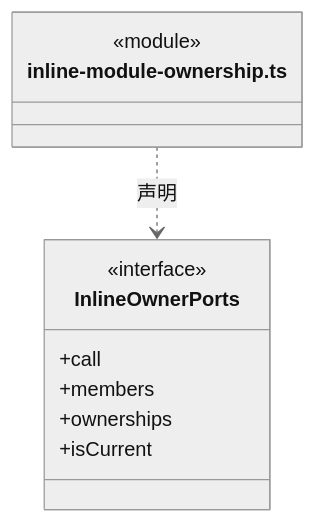
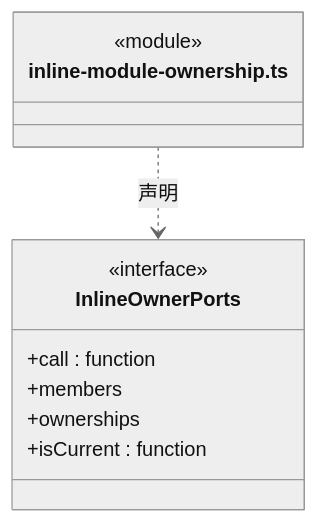
The third of 20 diagrams in src/view/workspace/ARCHITECTURE.md (nan023062/cbim), drawn with Mermaid (neutral theme) before and after one commit. The commit also changed other lines of this file and 137 other files, not shown here.

Commit message:
fix: align architecture generator with documentation standards

````diff
--- a/src/view/workspace/ARCHITECTURE.md
+++ b/src/view/workspace/ARCHITECTURE.md
@@ -228,14 +230,14 @@
 ```mermaid
 classDiagram
 class N_src_view_workspace_inline_module_ownership_ts["inline-module-ownership.ts"] {
   <<module>>
 }
 class N_src_view_workspace_inline_module_ownership_ts_InlineOwnerPorts["InlineOwnerPorts"] {
   <<interface>>
-  +call
+  +call : function
   +members
   +ownerships
-  +isCurrent
+  +isCurrent : function
 }
 N_src_view_workspace_inline_module_ownership_ts ..> N_src_view_workspace_inline_module_ownership_ts_InlineOwnerPorts : 声明
 ```
````
